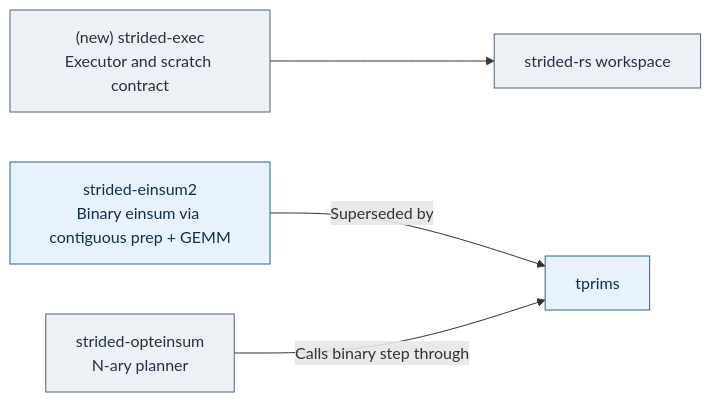
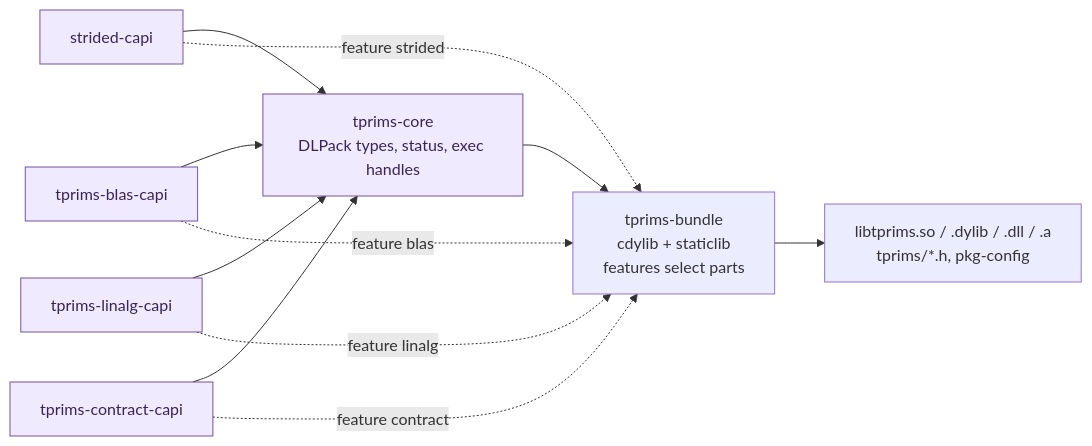
One commit to shinaoka/tensoralgebra-rs changed the second of 2 diagrams in README.md. Above: the diagram before and after it, drawn with Mermaid. The commit also changed other lines of this file and 5 other files, not shown here.

First line of the commit message:
Redesign as independent tprims-* parts with a bundled C ABI

````diff
--- a/README.md
+++ b/README.md
@@ -160,10 +77,19 @@
 ```mermaid
 flowchart LR
-    N["(new) strided-exec<br/>Executor and scratch contract"] --> S["strided-rs workspace"]
-    E["strided-einsum2<br/>Binary einsum via contiguous prep + GEMM"] -->|"Superseded by"| TP["tprims"]
-    O["strided-opteinsum<br/>N-ary planner"] -->|"Calls binary step through"| TP
-    classDef shared fill:#edf0f4,stroke:#536477,color:#233244
-    classDef tensor fill:#e8f2ff,stroke:#2563a6,color:#132f50
-    class N,S,O shared
-    class E,TP tensor
+    CO["tprims-core<br/>DLPack types, status, exec handles"]
+    S["strided-capi"]
+    B["tprims-blas-capi"]
+    L["tprims-linalg-capi"]
+    C["tprims-contract-capi"]
+    BU["tprims-bundle<br/>cdylib + staticlib<br/>features select parts"]
+    O["libtprims.so / .dylib / .dll / .a<br/>tprims/*.h, pkg-config"]
+    S & B & L & C --> CO
+    CO --> BU
+    S -.->|"feature strided"| BU
+    B -.->|"feature blas"| BU
+    L -.->|"feature linalg"| BU
+    C -.->|"feature contract"| BU
+    BU --> O
+    classDef abi fill:#f0eaff,stroke:#7551a8,color:#392456
+    class CO,S,B,L,C abi
 ```
````
